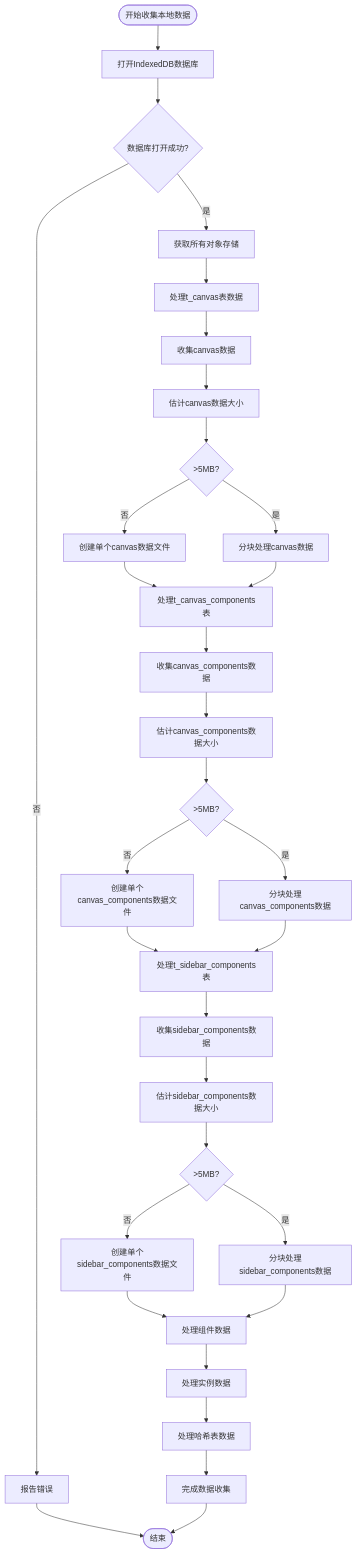
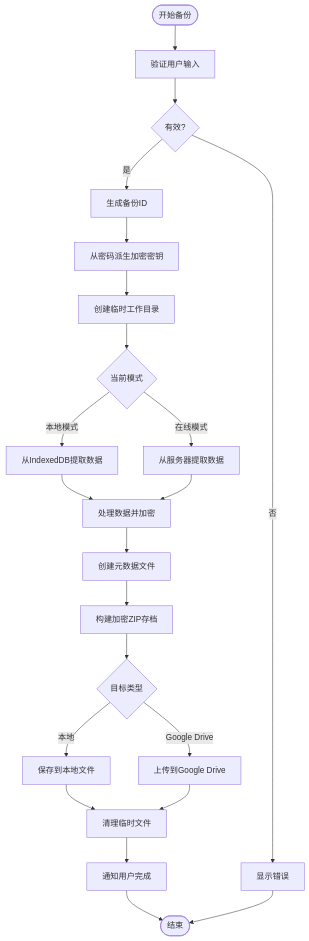
One commit to yingjianzh/iodraw-files changed the diagram in all/未命名-52.md. Above: the diagram before and after it, drawn with Mermaid.

Commit message:
2025-05-09 14:45:05 update

````diff
--- a/all/未命名-52.md
+++ b/all/未命名-52.md
@@ -1,47 +1,34 @@
 ```mermaid
+
 flowchart TD
-    Start([开始收集本地数据]) --> OpenDB[打开IndexedDB数据库]
-    OpenDB --> DBStatus{数据库打开成功?}
+    Start([开始备份]) --> ValidateInput[验证用户输入]
+    ValidateInput --> InputValid{有效?}
+    InputValid -->|否| ShowError[显示错误]
+    InputValid -->|是| GenerateBackupID[生成备份ID]
     
-    DBStatus -->|否| ReportError[报告错误]
-    DBStatus -->|是| GetStores[获取所有对象存储]
+    GenerateBackupID --> DeriveKey[从密码派生加密密钥]
+    DeriveKey --> CreateTemp[创建临时工作目录]
     
-    ReportError --> End([结束])
+    CreateTemp --> CheckMode{当前模式}
+    CheckMode -->|本地模式| ExtractFromIndexedDB[从IndexedDB提取数据]
+    CheckMode -->|在线模式| ExtractFromServer[从服务器提取数据]
     
-    GetStores --> ProcessCanvasData[处理t_canvas表数据]
-    ProcessCanvasData --> CCanvasData[收集canvas数据]
-    CCanvasData --> EstimateCanvasSize[估计canvas数据大小]
+    ExtractFromIndexedDB --> ProcessData[处理数据并加密]
+    ExtractFromServer --> ProcessData
     
-    EstimateCanvasSize --> CanvasSize{>5MB?}
-    CanvasSize -->|否| SingleCanvasFile[创建单个canvas数据文件]
-    CanvasSize -->|是| ChunkCanvasData[分块处理canvas数据]
+    ProcessData --> CreateMetadata[创建元数据文件]
+    CreateMetadata --> BuildArchive[构建加密ZIP存档]
     
-    SingleCanvasFile --> ProcessCanvasComponents[处理t_canvas_components表]
-    ChunkCanvasData --> ProcessCanvasComponents
+    BuildArchive --> DestinationType{目标类型}
+    DestinationType -->|本地| SaveToLocal[保存到本地文件]
+    DestinationType -->|Google Drive| UploadToGDrive[上传到Google Drive]
     
-    ProcessCanvasComponents --> CCCData[收集canvas_components数据]
-    CCCData --> EstimateCCCSize[估计canvas_components数据大小]
+    SaveToLocal --> CleanupTemp[清理临时文件]
+    UploadToGDrive --> CleanupTemp
     
-    EstimateCCCSize --> CCCSize{>5MB?}
-    CCCSize -->|否| SingleCCCFile[创建单个canvas_components数据文件]
-    CCCSize -->|是| ChunkCCCData[分块处理canvas_components数据]
+    CleanupTemp --> NotifyUser[通知用户完成]
+    NotifyUser --> End([结束])
     
-    SingleCCCFile --> ProcessSidebarComponents[处理t_sidebar_components表]
-    ChunkCCCData --> ProcessSidebarComponents
-    
-    ProcessSidebarComponents --> CSCData[收集sidebar_components数据]
-    CSCData --> EstimateSCCSize[估计sidebar_components数据大小]
-    
-    EstimateSCCSize --> SCCSize{>5MB?}
-    SCCSize -->|否| SingleSCCFile[创建单个sidebar_components数据文件]
-    SCCSize -->|是| ChunkSCCData[分块处理sidebar_components数据]
-    
-    SingleSCCFile --> ProcessComponentData[处理组件数据]
-    ChunkSCCData --> ProcessComponentData
-    
-    ProcessComponentData --> ProcessInstanceData[处理实例数据]
-    ProcessInstanceData --> ProcessHashTables[处理哈希表数据]
-    
-    ProcessHashTables --> CompleteCollection[完成数据收集]
-    CompleteCollection --> End
+    ShowError --> End
+
 ```
````
